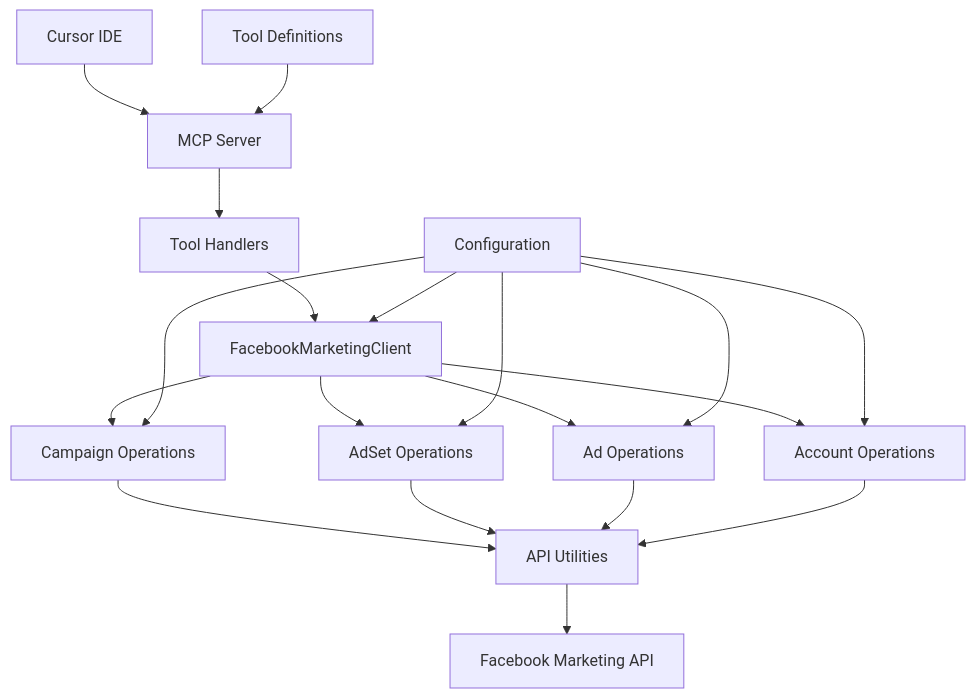
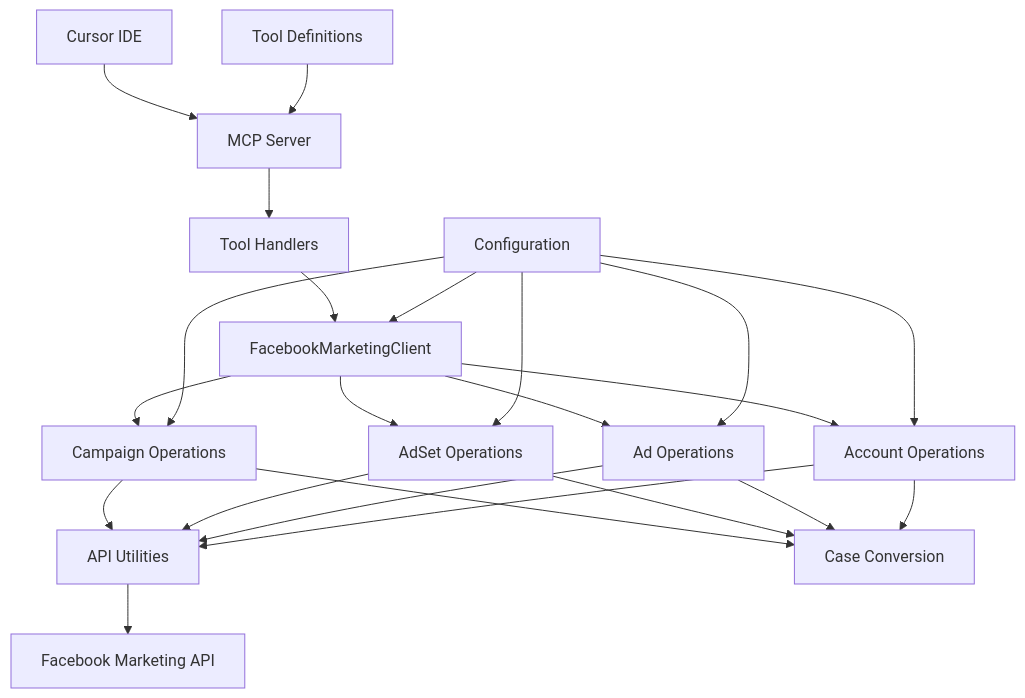
The diagram in memory-bank/systemPatterns.md (hafidsousa/meta-mcp), drawn with Mermaid before and after one commit. The commit also changed other lines of this file and 8 other files, not shown here.

First line of the commit message:
feat: Implement case conversion for API compatibility using humps library

````diff
--- a/memory-bank/systemPatterns.md
+++ b/memory-bank/systemPatterns.md
@@ -41,15 +44,16 @@
 ```mermaid
 graph TD
     A[Cursor IDE] --> B[MCP Server]
     B --> C[Tool Handlers]
     C --> D[FacebookMarketingClient]
     D --> E[Campaign Operations]
     D --> F[AdSet Operations]
     D --> G[Ad Operations]
     D --> H[Account Operations]
     E & F & G & H --> I[API Utilities]
+    E & F & G & H --> CC[Case Conversion]
     I --> J[Facebook Marketing API]
     K[Configuration] --> D
     K --> E & F & G & H
     L[Tool Definitions] --> B
 ```
````
